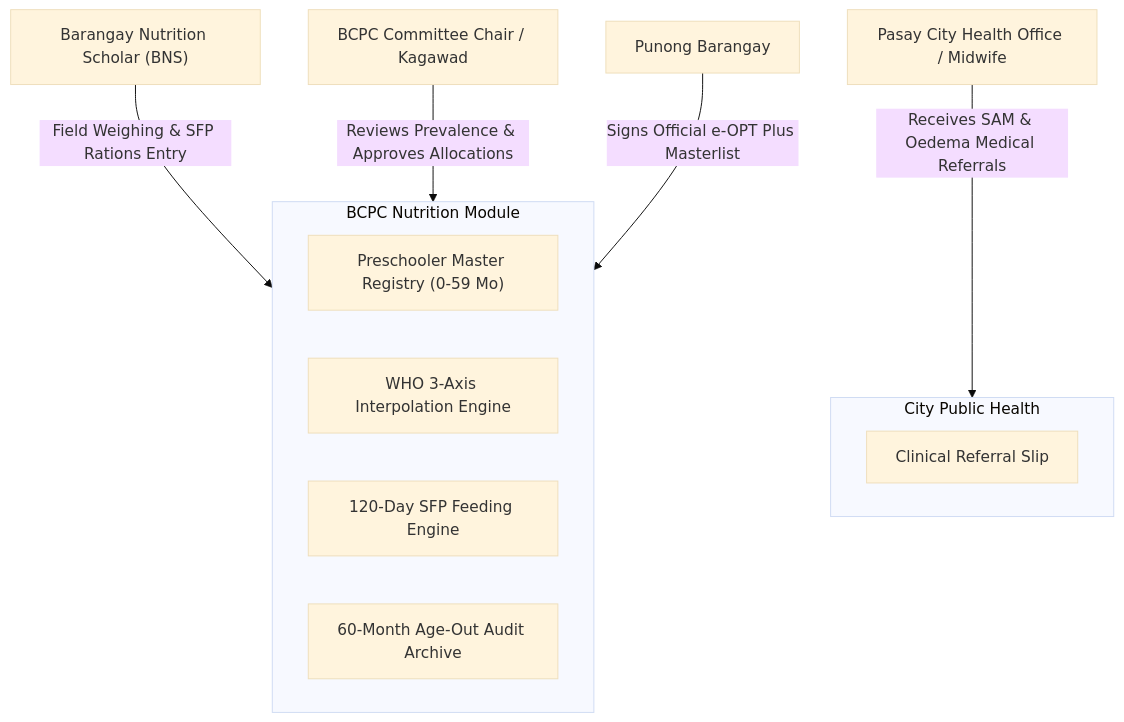
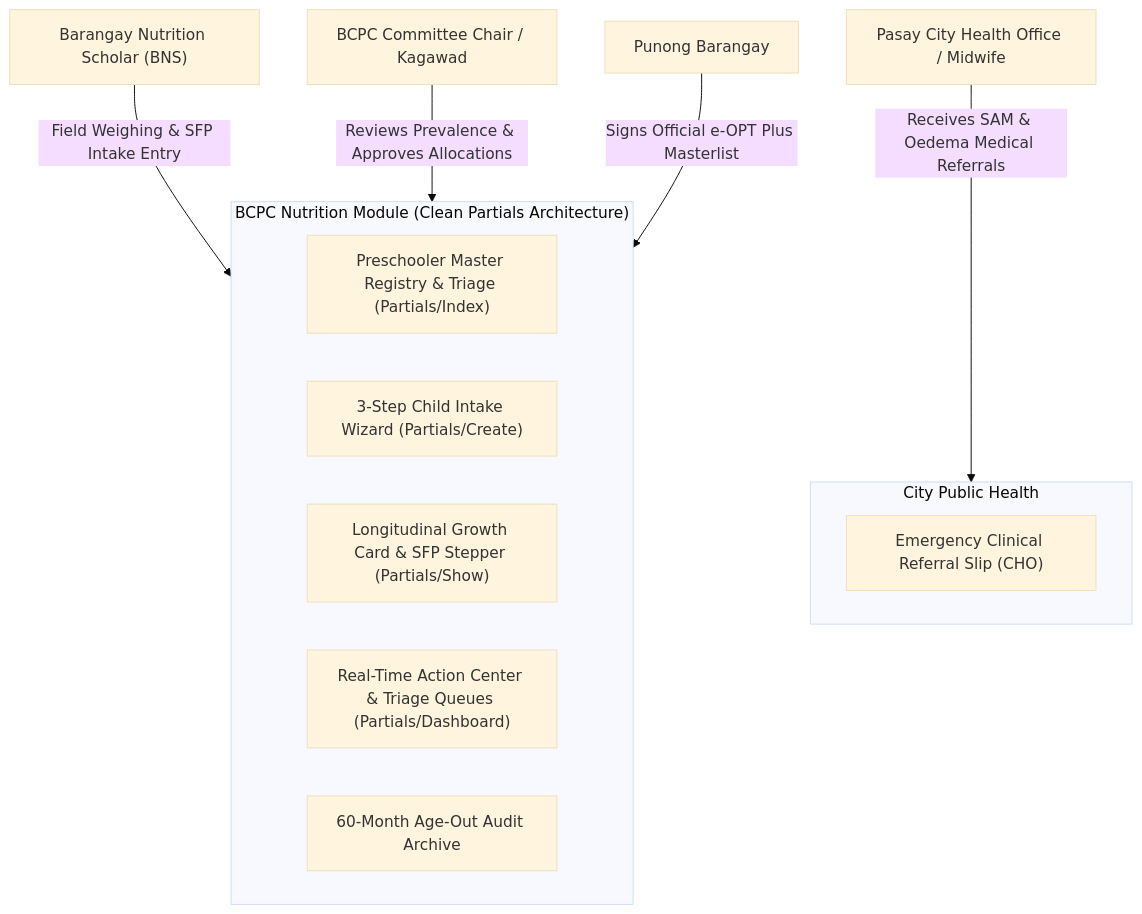
One commit to duustin25/women_and_family_new changed the diagram in docs/modules/bcpc/README.md. Above: the diagram before and after it, drawn with Mermaid (base theme). The commit also changed other lines of this file and 58 other files, not shown here.

````diff
--- a/docs/modules/bcpc/README.md
+++ b/docs/modules/bcpc/README.md
@@ -37,18 +44,19 @@
 ```mermaid
 graph TD
-    BNS["Barangay Nutrition Scholar (BNS)"] -->|Field Weighing & SFP Rations Entry| BCPC_Core
+    BNS["Barangay Nutrition Scholar (BNS)"] -->|Field Weighing & SFP Intake Entry| BCPC_Core
     BCPC_Chair["BCPC Committee Chair / Kagawad"] -->|Reviews Prevalence & Approves Allocations| BCPC_Core
     PB["Punong Barangay"] -->|Signs Official e-OPT Plus Masterlist| BCPC_Core
     CHO["Pasay City Health Office / Midwife"] -->|Receives SAM & Oedema Medical Referrals| External_Health
 
-    subgraph BCPC_Core ["BCPC Nutrition Module"]
-        Registry["Preschooler Master Registry (0-59 Mo)"]
-        Calculator["WHO 3-Axis Interpolation Engine"]
-        SFP["120-Day SFP Feeding Engine"]
+    subgraph BCPC_Core ["BCPC Nutrition Module (Clean Partials Architecture)"]
+        Registry["Preschooler Master Registry & Triage (Partials/Index)"]
+        Intake["3-Step Child Intake Wizard (Partials/Create)"]
+        Profile["Longitudinal Growth Card & SFP Stepper (Partials/Show)"]
+        Dashboard["Real-Time Action Center & Triage Queues (Partials/Dashboard)"]
         Archive["60-Month Age-Out Audit Archive"]
     end
 
     subgraph External_Health ["City Public Health"]
-        Referral["Clinical Referral Slip"]
+        Referral["Emergency Clinical Referral Slip (CHO)"]
     end
 ```
````
